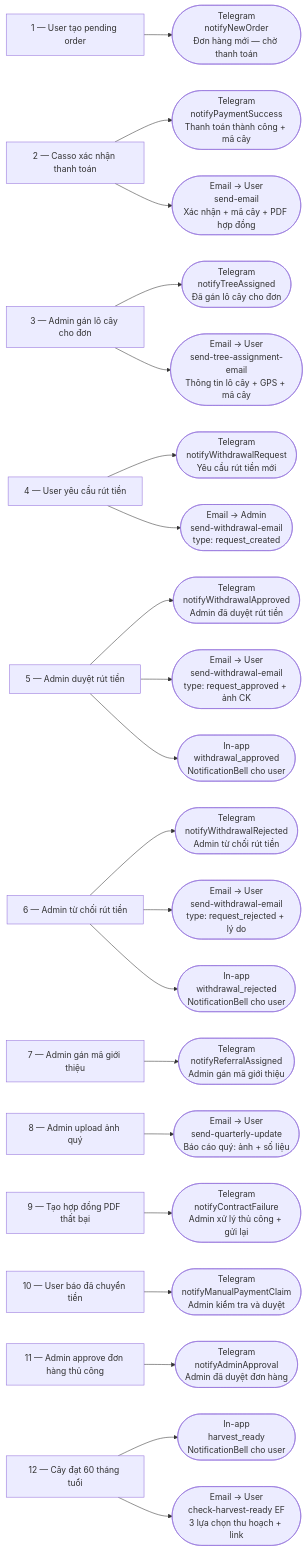
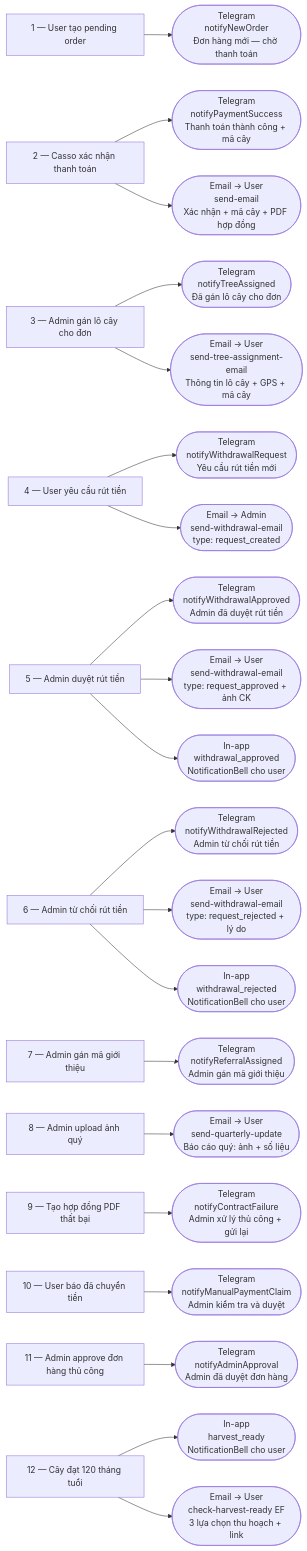
One commit to deptrai/dainganxanh changed the diagram in docs/userflows/08-notifications.md. Above: the diagram before and after it, drawn with Mermaid. The commit also changed other lines of this file and 14 other files, not shown here.

````diff
--- a/docs/userflows/08-notifications.md
+++ b/docs/userflows/08-notifications.md
@@ -10,47 +10,47 @@
 ```mermaid
 flowchart LR
     EV1[1 — User tạo pending order]
     EV2[2 — Casso xác nhận thanh toán]
     EV3[3 — Admin gán lô cây cho đơn]
     EV4[4 — User yêu cầu rút tiền]
     EV5[5 — Admin duyệt rút tiền]
     EV6[6 — Admin từ chối rút tiền]
     EV7[7 — Admin gán mã giới thiệu]
     EV8[8 — Admin upload ảnh quý]
     EV9[9 — Tạo hợp đồng PDF thất bại]
     EV10[10 — User báo đã chuyển tiền]
     EV11[11 — Admin approve đơn hàng thủ công]
-    EV12[12 — Cây đạt 60 tháng tuổi]
+    EV12[12 — Cây đạt 120 tháng tuổi]
 
     EV1 --> T1([Telegram\nnotifyNewOrder\nĐơn hàng mới — chờ thanh toán])
 
     EV2 --> T2([Telegram\nnotifyPaymentSuccess\nThanh toán thành công + mã cây])
     EV2 --> E1([Email → User\nsend-email\nXác nhận + mã cây + PDF hợp đồng])
 
     EV3 --> T3([Telegram\nnotifyTreeAssigned\nĐã gán lô cây cho đơn])
     EV3 --> E2([Email → User\nsend-tree-assignment-email\nThông tin lô cây + GPS + mã cây])
 
     EV4 --> T4([Telegram\nnotifyWithdrawalRequest\nYêu cầu rút tiền mới])
     EV4 --> E3([Email → Admin\nsend-withdrawal-email\ntype: request_created])
 
     EV5 --> T5([Telegram\nnotifyWithdrawalApproved\nAdmin đã duyệt rút tiền])
     EV5 --> E4([Email → User\nsend-withdrawal-email\ntype: request_approved + ảnh CK])
     EV5 --> N1([In-app\nwithdrawal_approved\nNotificationBell cho user])
 
     EV6 --> T6([Telegram\nnotifyWithdrawalRejected\nAdmin từ chối rút tiền])
     EV6 --> E5([Email → User\nsend-withdrawal-email\ntype: request_rejected + lý do])
     EV6 --> N2([In-app\nwithdrawal_rejected\nNotificationBell cho user])
 
     EV7 --> T7([Telegram\nnotifyReferralAssigned\nAdmin gán mã giới thiệu])
 
     EV8 --> E6([Email → User\nsend-quarterly-update\nBáo cáo quý: ảnh + số liệu])
 
     EV9 --> T8([Telegram\nnotifyContractFailure\nAdmin xử lý thủ công + gửi lại])
 
     EV10 --> T9([Telegram\nnotifyManualPaymentClaim\nAdmin kiểm tra và duyệt])
 
     EV11 --> T10([Telegram\nnotifyAdminApproval\nAdmin đã duyệt đơn hàng])
 
     EV12 --> N3([In-app\nharvest_ready\nNotificationBell cho user])
     EV12 --> E7([Email → User\ncheck-harvest-ready EF\n3 lựa chọn thu hoạch + link])
 ```
````
